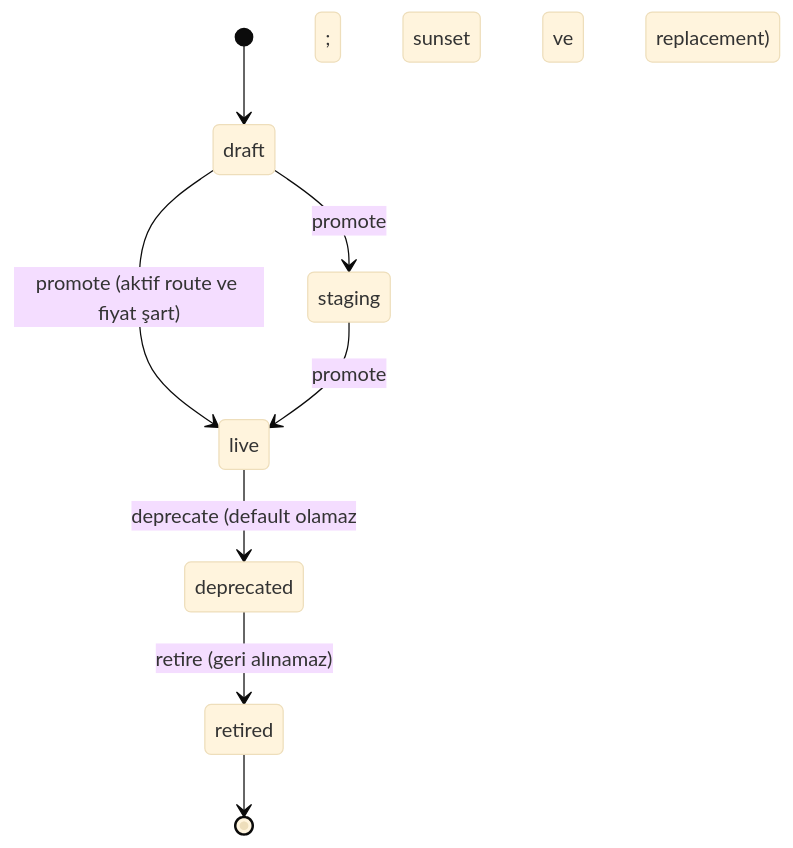
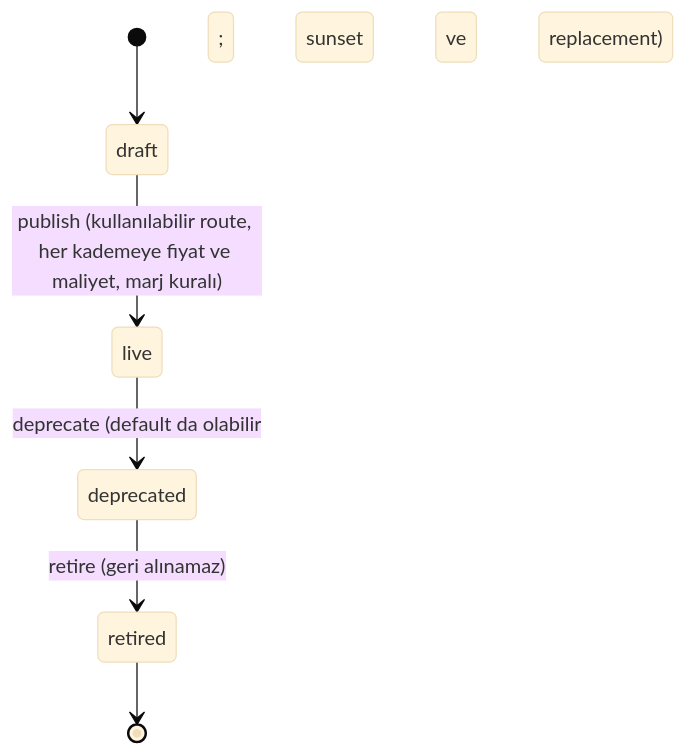
The second of 4 diagrams in docs/architecture.md (anilcosaran/Youtorch-2), drawn with Mermaid (base theme) before and after one commit. The commit also changed other lines of this file and 132 other files, not shown here.

````diff
--- a/docs/architecture.md
+++ b/docs/architecture.md
@@ -110,10 +109,8 @@
 ```mermaid
 stateDiagram-v2
   [*] --> draft
-  draft --> staging: promote
-  draft --> live: promote (aktif route ve fiyat şart)
-  staging --> live: promote
-  live --> deprecated: deprecate (default olamaz; sunset ve replacement)
+  draft --> live: publish (kullanılabilir route, her kademeye fiyat ve maliyet, marj kuralı)
+  live --> deprecated: deprecate (default da olabilir; sunset ve replacement)
   deprecated --> retired: retire (geri alınamaz)
   retired --> [*]
 ```
````
